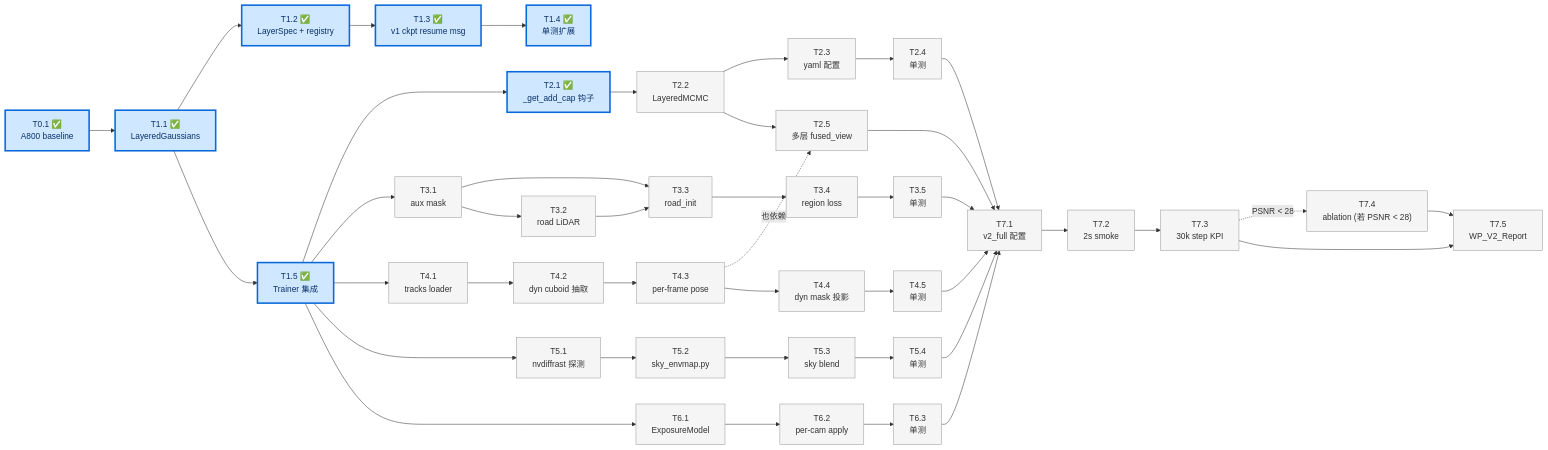
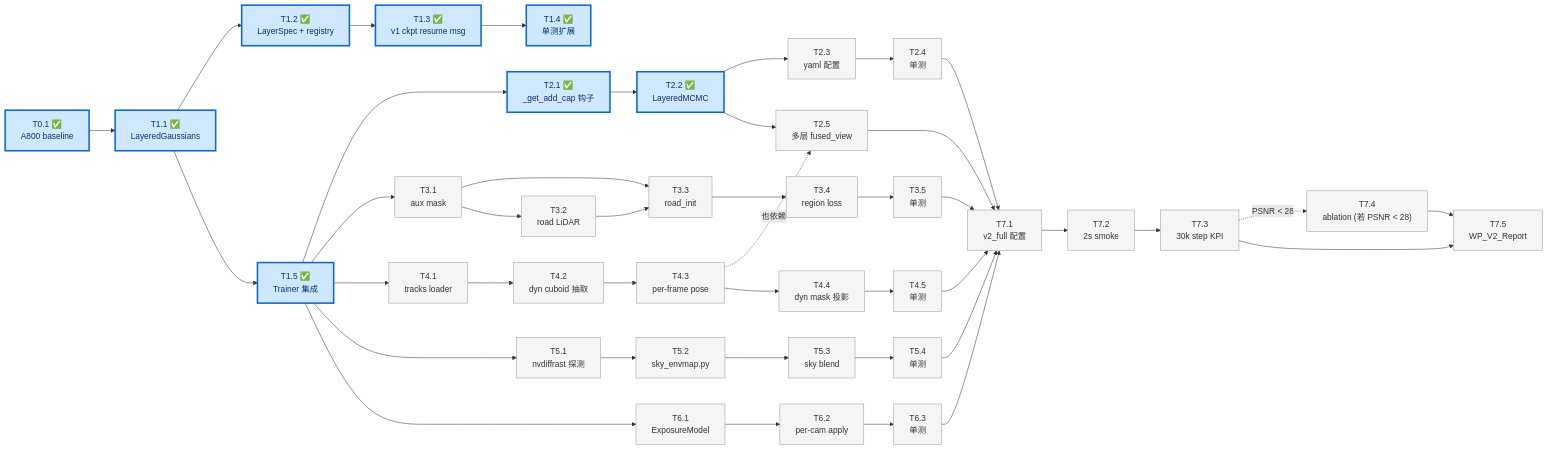
One commit to etendue/3dgrut changed the second of 3 diagrams in v2_plan.md. Above: the diagram before and after it, drawn with Mermaid. The commit also changed other lines of this file and 1 other file, not shown here.

First line of the commit message:
docs(plan,arch): mark T2.2 done; record sub-strategy approach

```diff
--- a/v2_plan.md
+++ b/v2_plan.md
@@ -157,7 +157,7 @@
 
     %% Stage 2
     T21["T2.1 ✅<br/>_get_add_cap 钩子"]:::done
-    T22["T2.2<br/>LayeredMCMC"]:::todo
+    T22["T2.2 ✅<br/>LayeredMCMC"]:::done
     T23["T2.3<br/>yaml 配置"]:::todo
     T24["T2.4<br/>单测"]:::todo
     T25["T2.5<br/>多层 fused_view"]:::todo
```
